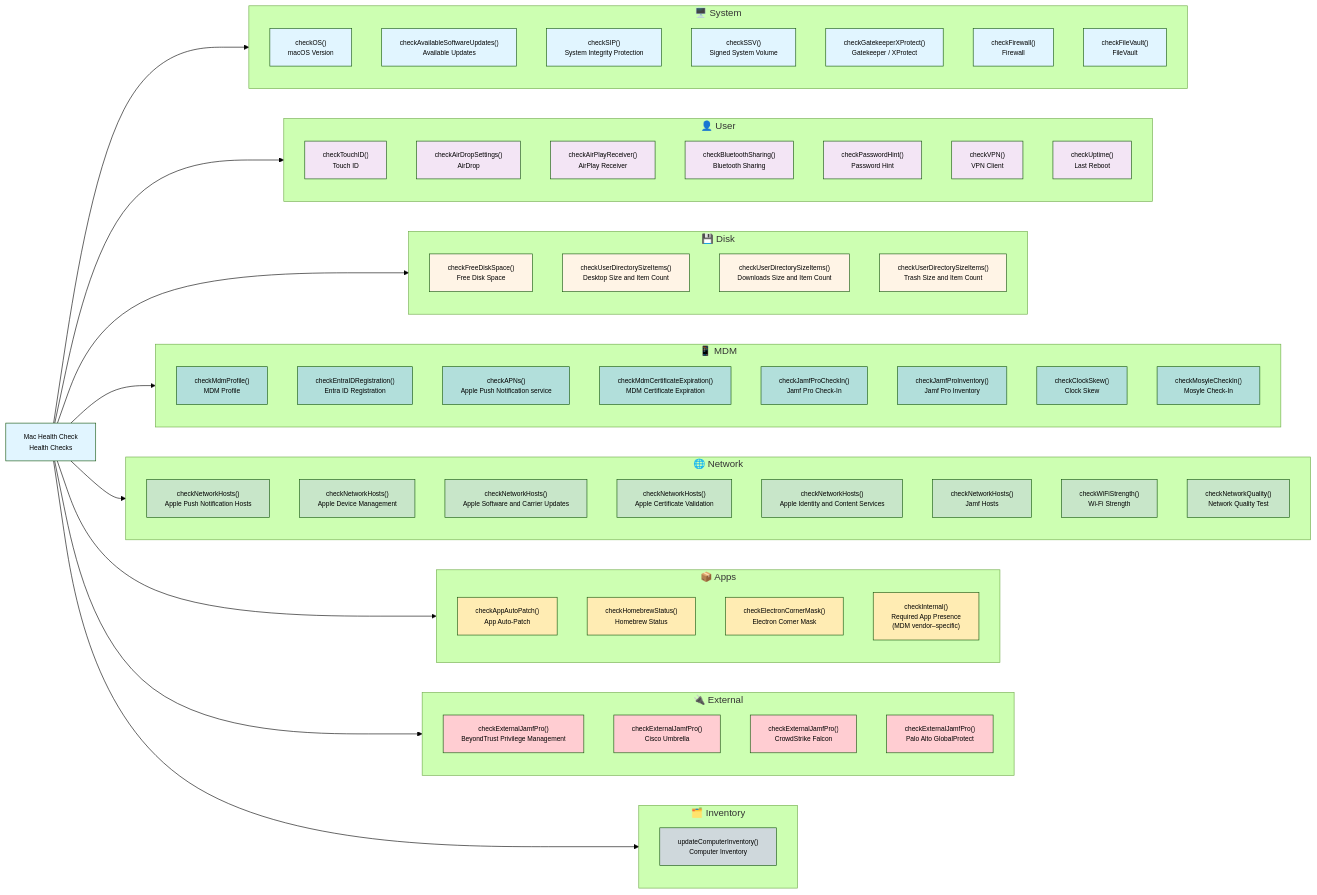
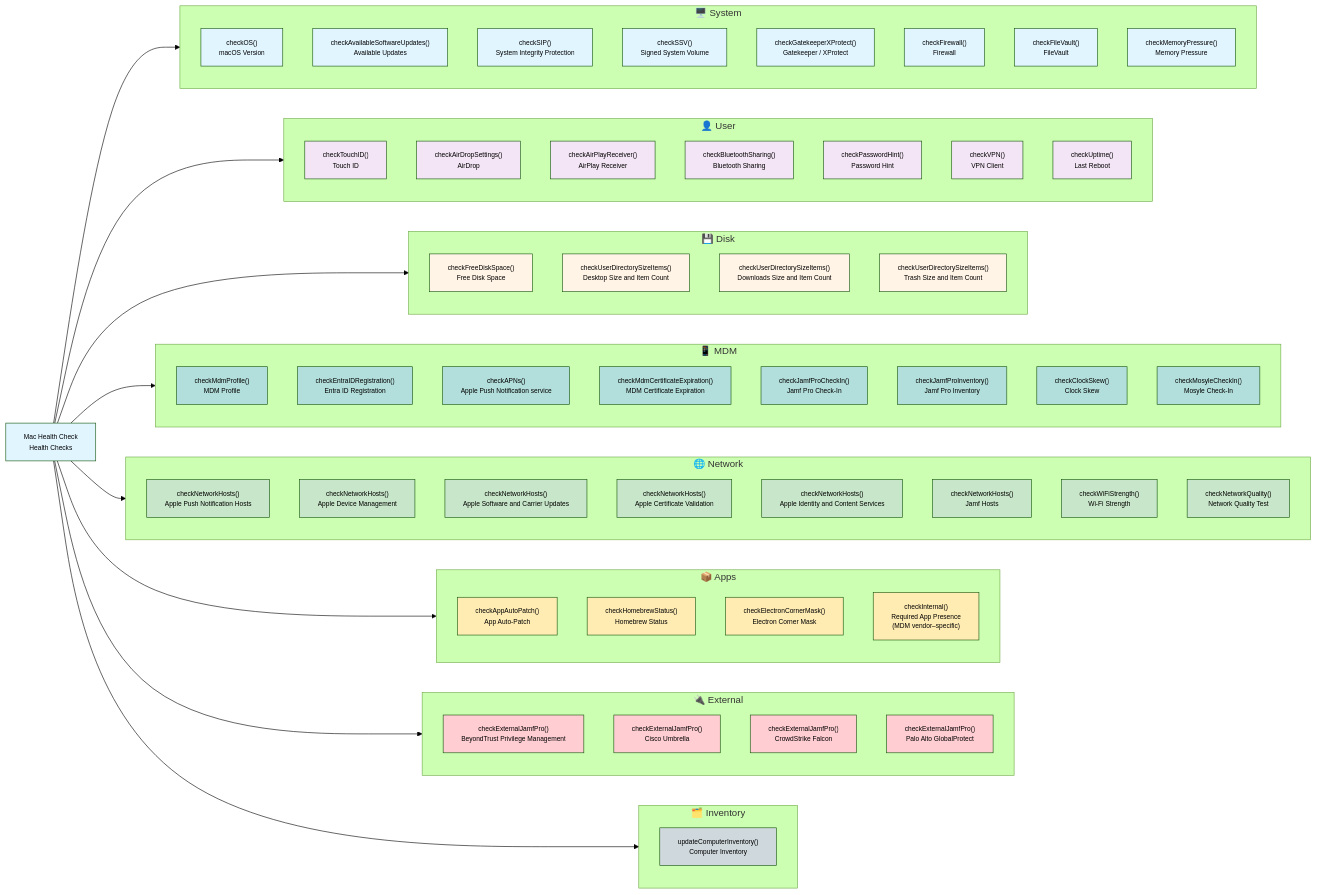
The diagram in Diagrams/03-health-check-categories.md (dan-snelson/Mac-Health-Check), drawn with Mermaid (forest theme) before and after one commit. The commit also changed other lines of this file and 7 other files, not shown here.

```diff
--- a/Diagrams/03-health-check-categories.md
+++ b/Diagrams/03-health-check-categories.md
@@ -14,6 +14,7 @@
         S5["checkGatekeeperXProtect()<br>Gatekeeper / XProtect"]
         S6["checkFirewall()<br>Firewall"]
         S7["checkFileVault()<br>FileVault"]
+        S8["checkMemoryPressure()<br>Memory Pressure"]
 
         style S1 fill:#e1f5ff
         style S2 fill:#e1f5ff
@@ -22,6 +23,7 @@
         style S5 fill:#e1f5ff
         style S6 fill:#e1f5ff
         style S7 fill:#e1f5ff
+        style S8 fill:#e1f5ff
     end
 
     subgraph User["👤 User"]
```
